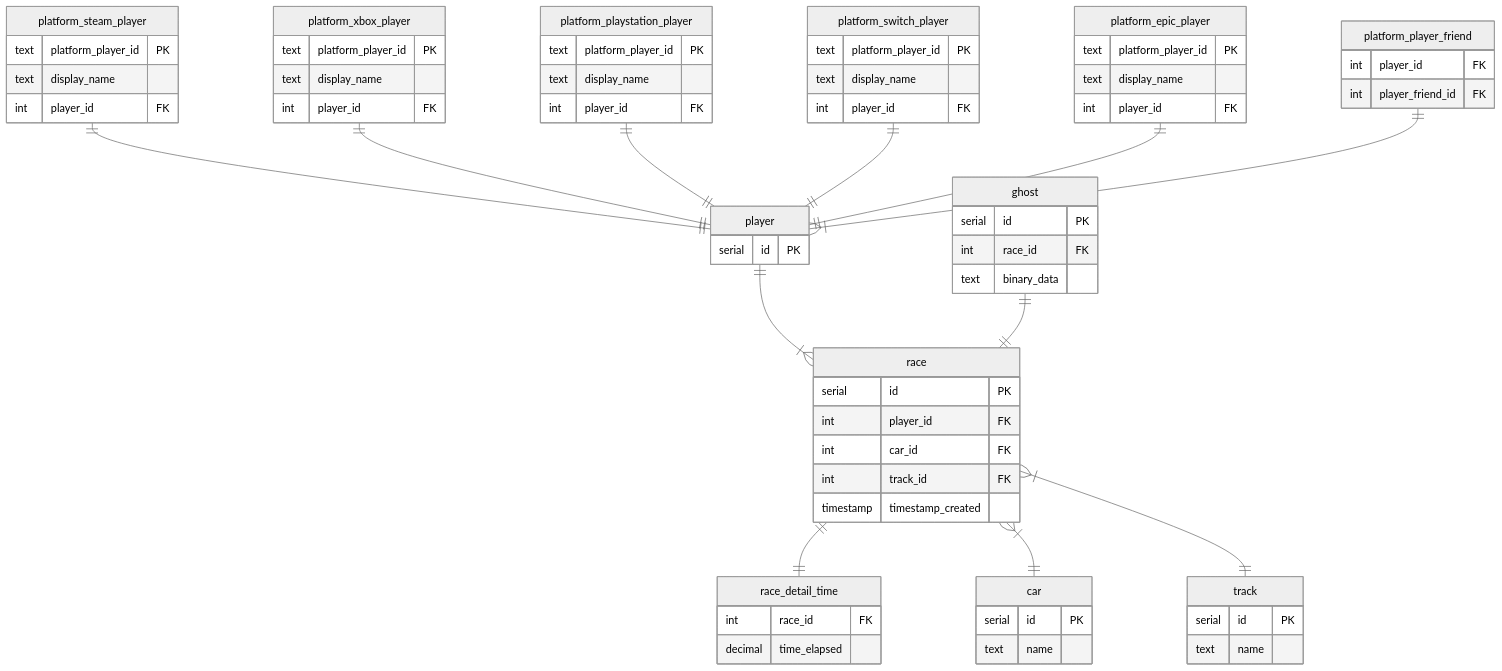
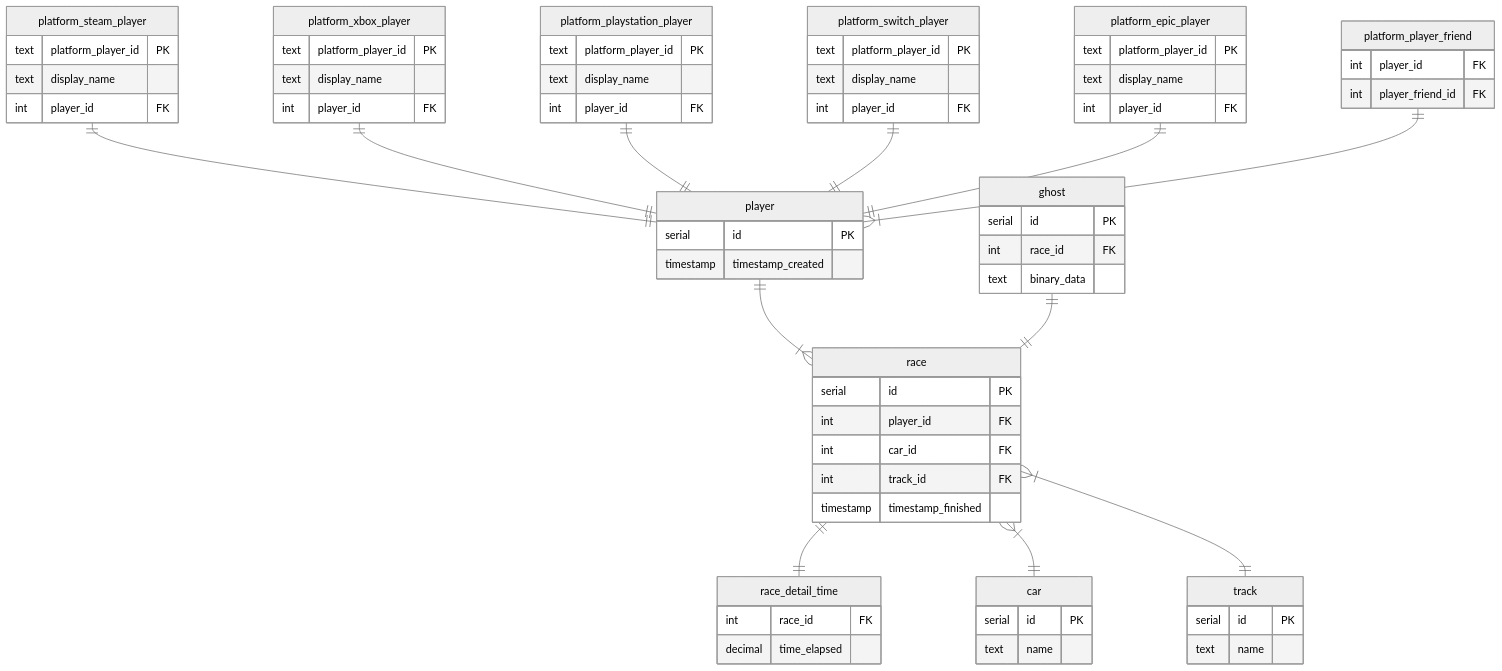
One commit to rick-0/MegaLeaderboard changed the second of 2 diagrams in README.md. Above: the diagram before and after it, drawn with Mermaid.

````diff
--- a/README.md
+++ b/README.md
@@ -74,72 +74,73 @@
 ``` mermaid
 %%{init: {'theme':'neutral'}}%%
 erDiagram
     platform_steam_player ||--|| player : ""
     platform_xbox_player ||--|| player : ""
     platform_playstation_player ||--|| player : ""
     platform_switch_player ||--|| player : ""
     platform_epic_player ||--|| player : ""
     platform_player_friend ||--|{ player : ""
     player ||--|{ race : ""
     ghost ||--|| race : ""
     race ||--|| race_detail_time : ""
     race }|--|| car : ""
     race }|--|| track : ""
 
     player {
         serial id PK
+	timestamp timestamp_created
     }
     platform_player_friend {
         int player_id FK
         int player_friend_id FK
     }
     platform_steam_player {
         text platform_player_id PK
         text display_name
 	    int player_id FK
     }
     platform_xbox_player {
         text platform_player_id PK
         text display_name
 	    int player_id FK
     }
     platform_playstation_player {
         text platform_player_id PK
         text display_name
 	    int player_id FK
     }
     platform_switch_player {
         text platform_player_id PK
         text display_name
 	    int player_id FK
     }
     platform_epic_player {
         text platform_player_id PK
         text display_name
 	    int player_id FK
     }
     race {
         serial id PK
         int player_id FK
         int car_id FK
         int track_id FK
-        timestamp timestamp_created
+        timestamp timestamp_finished
     }
     race_detail_time {
         int race_id FK
         decimal time_elapsed
     }
     ghost {
         serial id PK
         int race_id FK
         text binary_data
     }
     car {
         serial id PK
         text name
     }
     track {
         serial id PK
         text name
     }
 ```
````
